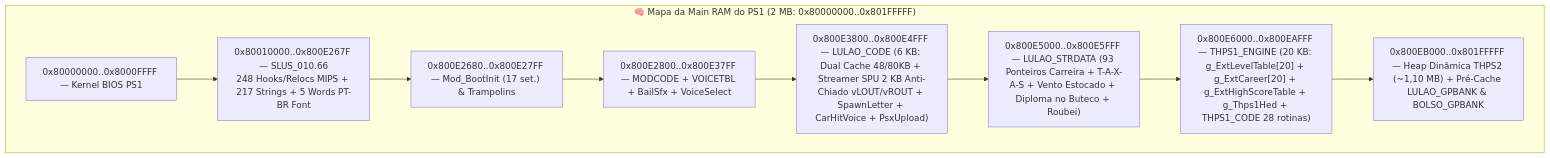
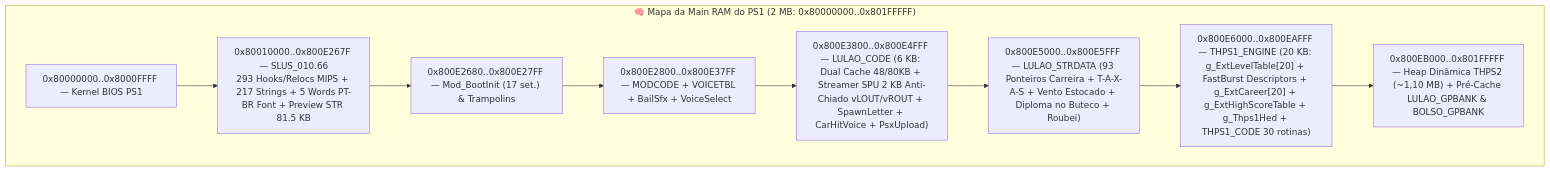
One commit to WagnerxOliveira/Tony_Hawk-s_Pro_Skater_2_Mod_PSX changed the fifth of 5 diagrams in HISTORIA_DO_PROJETO_THPS2_MOD.md. Above: the diagram before and after it, drawn with Mermaid. The commit also changed other lines of this file and 9 other files, not shown here.

Commit message:
Level Select instantaneo (5 bursts CdRead + skip FileIO_Kick), videos preview restaurados (vlc=16896, ringSec=16), correcao de linhas vazias/ceu/objetos sumindo (perfil SLUS-01066.ini sem conflito PGXP vs M3dAsm + PrimBuf THPS1 + 6 hooks SecretFlag) e historia didatica atualizada

````diff
--- a/HISTORIA_DO_PROJETO_THPS2_MOD.md
+++ b/HISTORIA_DO_PROJETO_THPS2_MOD.md
@@ -366,14 +428,14 @@
 ```mermaid
 flowchart TB
     subgraph RAM["🧠 Mapa da Main RAM do PS1 (2 MB: 0x80000000..0x801FFFFF)"]
         K["0x80000000..0x8000FFFF — Kernel BIOS PS1"]
-        E["0x80010000..0x800E267F — SLUS_010.66<br/>248 Hooks/Relocs MIPS + 217 Strings + 5 Words PT-BR Font"]
+        E["0x80010000..0x800E267F — SLUS_010.66<br/>293 Hooks/Relocs MIPS + 217 Strings + 5 Words PT-BR Font + Preview STR 81.5 KB"]
         B["0x800E2680..0x800E27FF — Mod_BootInit (17 set.) & Trampolins"]
         M["0x800E2800..0x800E37FF — MODCODE + VOICETBL + BailSfx + VoiceSelect"]
         L["0x800E3800..0x800E4FFF — LULAO_CODE (6 KB: Dual Cache 48/80KB + Streamer SPU 2 KB Anti-Chiado vLOUT/vROUT + SpawnLetter + CarHitVoice + PsxUpload)"]
         S["0x800E5000..0x800E5FFF — LULAO_STRDATA (93 Ponteiros Carreira + T-A-X-A-S + Vento Estocado + Diploma no Buteco + Roubei)"]
-        T["0x800E6000..0x800EAFFF — THPS1_ENGINE (20 KB: g_ExtLevelTable[20] + g_ExtCareer[20] + g_ExtHighScoreTable + g_Thps1Hed + THPS1_CODE 28 rotinas)"]
+        T["0x800E6000..0x800EAFFF — THPS1_ENGINE (20 KB: g_ExtLevelTable[20] + FastBurst Descriptors + g_ExtCareer[20] + g_ExtHighScoreTable + g_Thps1Hed + THPS1_CODE 30 rotinas)"]
         H["0x800EB000..0x801FFFFF — Heap Dinâmica THPS2 (~1,10 MB) + Pré-Cache LULAO_GPBANK & BOLSO_GPBANK"]
     end
     K --> E --> B --> M --> L --> S --> T --> H
 ```
````
